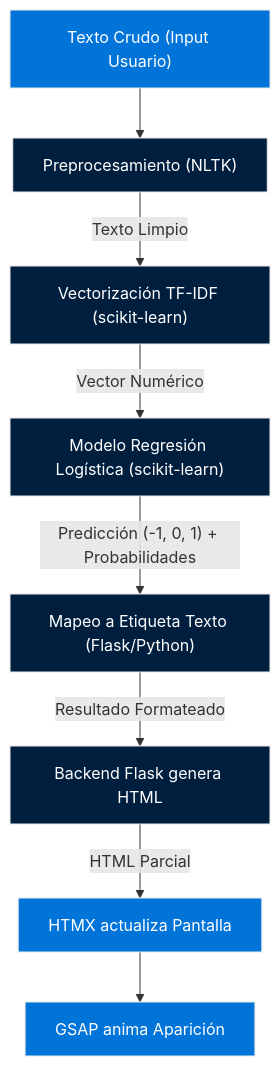
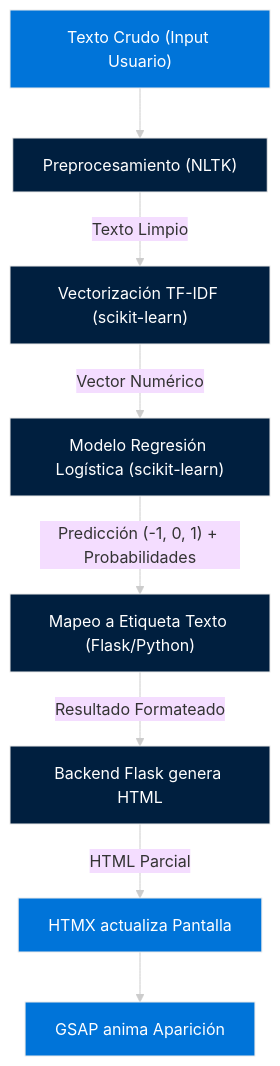
The diagram in README.md (Roska-x/Sentiment-Analyzer-Machine), drawn with Mermaid before and after one commit.

````diff
--- a/README.md
+++ b/README.md
@@ -55,24 +55,23 @@
 ```mermaid
+%%{init: {'theme': 'base', 'themeVariables': { 'lineColor': '#CCCCCC', 'textColor': '#FFFFFF'}}}%%
 graph TD
     A["Texto Crudo (Input Usuario)"] --> B["Preprocesamiento (NLTK)"];
     B -- "Texto Limpio" --> C["Vectorización TF-IDF (scikit-learn)"];
     C -- "Vector Numérico" --> D["Modelo Regresión Logística (scikit-learn)"];
     D -- "Predicción (-1, 0, 1) + Probabilidades" --> E["Mapeo a Etiqueta Texto (Flask/Python)"];
     E -- "Resultado Formateado" --> F["Backend Flask genera HTML"];
     F -- "HTML Parcial" --> G["HTMX actualiza Pantalla"];
     G --> H["GSAP anima Aparición"];
 
     %% --- Estilos Mejorados para Contraste en Tema Oscuro ---
 
     %% Clase para nodos principales/de proceso (azul marino oscuro)
     classDef grey fill:#001f3f,stroke:#EAEAEA,color:#FFFFFF;
-    %% Nodos de esta clase: B (Preprocesamiento), C (Vectorización), D (Modelo), E (Mapeo), F (Backend Flask)
 
-    %% Clase para nodos de entrada/salida/UI (azul medio o un gris claro)
+    %% Clase para nodos de entrada/salida/UI (azul medio)
     classDef primary fill:#0074D9,stroke:#EAEAEA,color:#FFFFFF;
-    %% Nodos de esta clase: A (Input Usuario), G (HTMX Actualiza), H (GSAP Anima)
 
     %% Aplicar las clases a los nodos específicos
     class A,G,H primary;
     class B,C,D,E,F grey;
 ```
````
